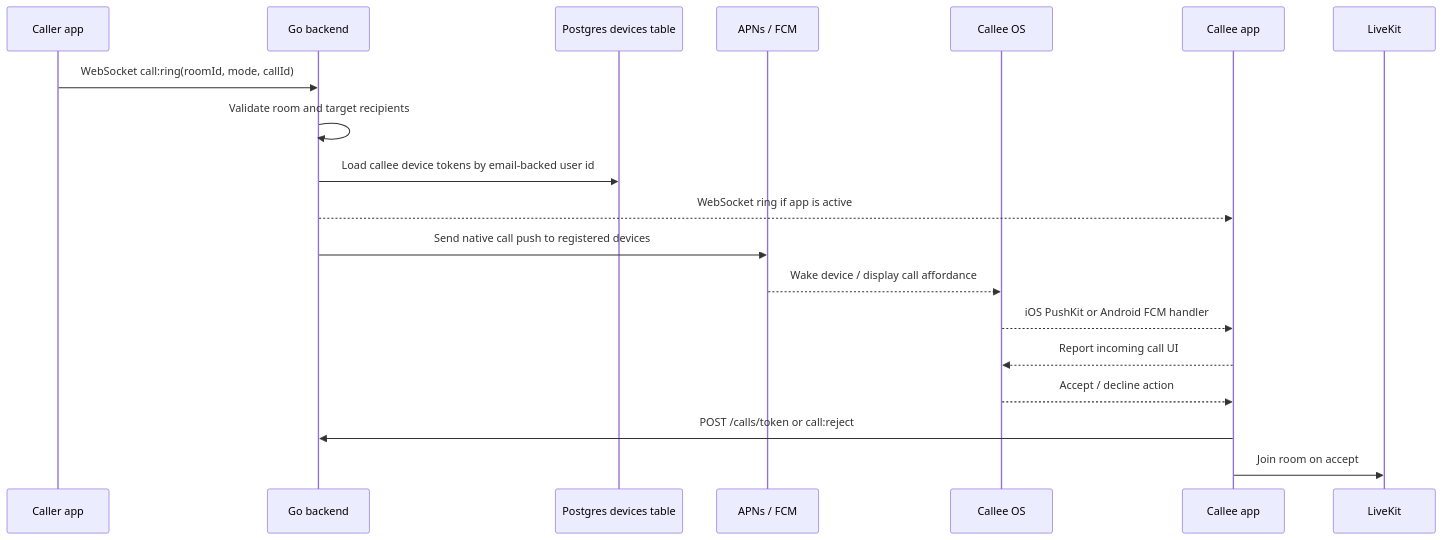
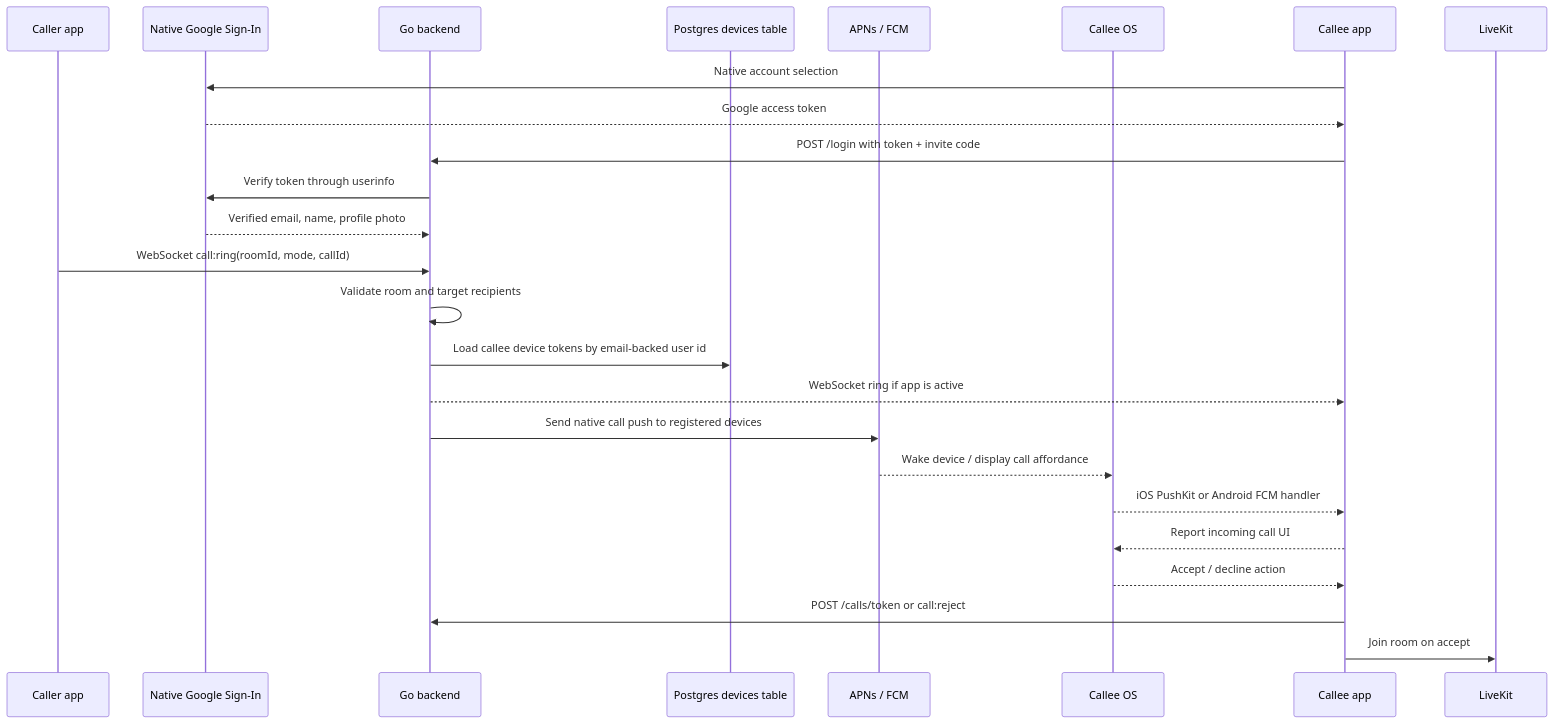
Before and after one commit to calvarado2004/phone-levelg: the diagram in docs/REAL_PHONE_CALLS_PLAN.md, drawn with Mermaid. The commit also changed other lines of this file and 10 other files, not shown here.

Commit message:
Use native Google sign-in for mobile

````diff
--- a/docs/REAL_PHONE_CALLS_PLAN.md
+++ b/docs/REAL_PHONE_CALLS_PLAN.md
@@ -13,22 +14,28 @@
 ```mermaid
 sequenceDiagram
   participant Caller as Caller app
+  participant Google as Native Google Sign-In
   participant API as Go backend
   participant Store as Postgres devices table
   participant Push as APNs / FCM
   participant CalleeOS as Callee OS
   participant CalleeApp as Callee app
   participant LiveKit as LiveKit
 
+  CalleeApp->>Google: Native account selection
+  Google-->>CalleeApp: Google access token
+  CalleeApp->>API: POST /login with token + invite code
+  API->>Google: Verify token through userinfo
+  Google-->>API: Verified email, name, profile photo
   Caller->>API: WebSocket call:ring(roomId, mode, callId)
   API->>API: Validate room and target recipients
   API->>Store: Load callee device tokens by email-backed user id
   API-->>CalleeApp: WebSocket ring if app is active
   API->>Push: Send native call push to registered devices
   Push-->>CalleeOS: Wake device / display call affordance
   CalleeOS-->>CalleeApp: iOS PushKit or Android FCM handler
   CalleeApp-->>CalleeOS: Report incoming call UI
   CalleeOS-->>CalleeApp: Accept / decline action
   CalleeApp->>API: POST /calls/token or call:reject
   CalleeApp->>LiveKit: Join room on accept
 ```
````
